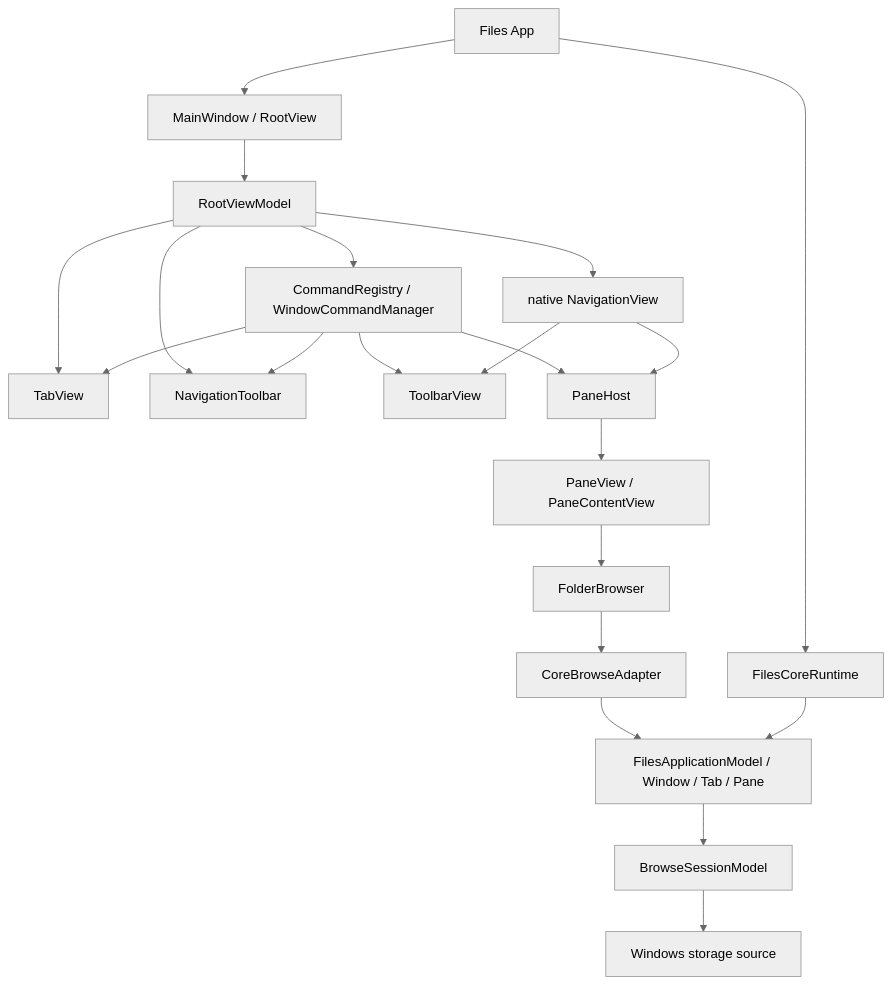
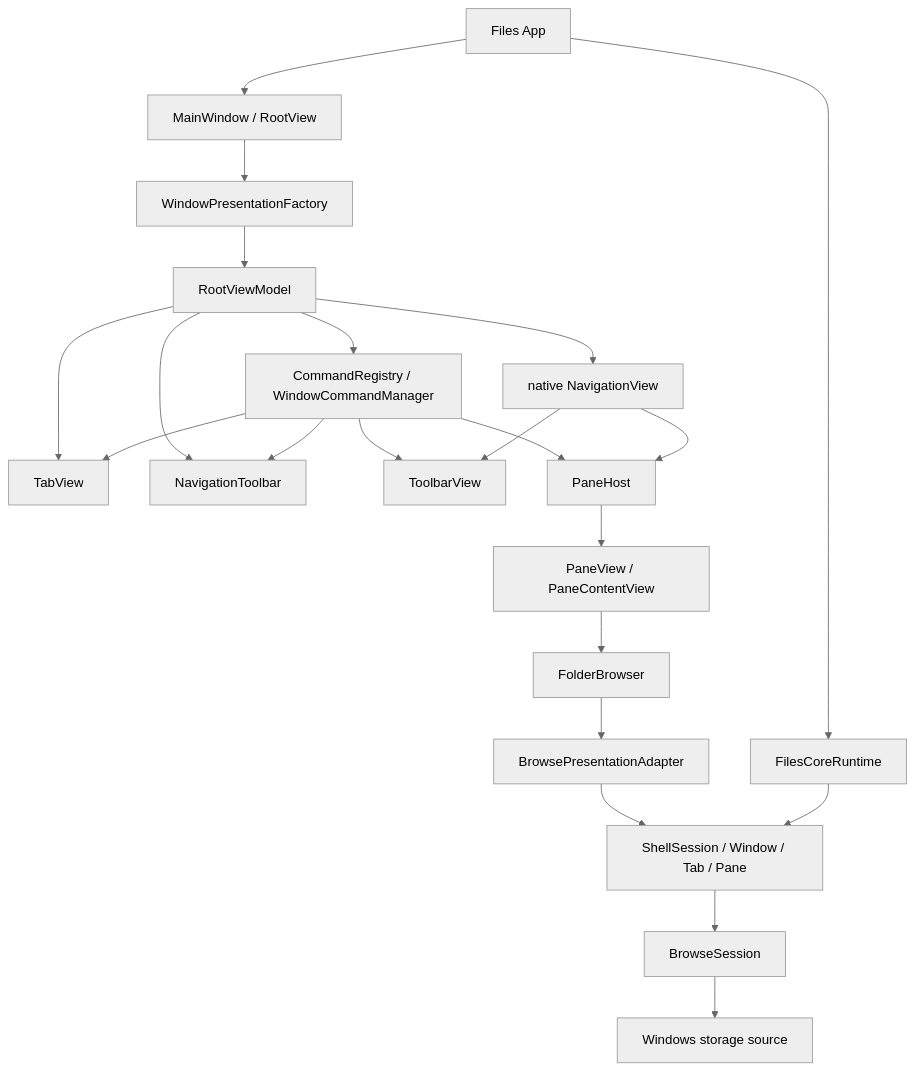
The first of 2 diagrams in docs/files.md (0x5bfa/ReFiles), drawn with Mermaid (neutral theme) before and after one commit. The commit also changed other lines of this file and 93 other files, not shown here.

Commit message:
Rearchitect application state management

````diff
--- a/docs/files.md
+++ b/docs/files.md
@@ -8,40 +8,42 @@
 ```mermaid
 flowchart TB
     App["Files App"]
     Window["MainWindow / RootView"]
+    Factory["WindowPresentationFactory"]
     ViewModel["RootViewModel"]
     Commands["CommandRegistry / WindowCommandManager"]
     Tabs["TabView"]
     Navigation["NavigationToolbar"]
     Shell["native NavigationView"]
     Toolbar["ToolbarView"]
     Panes["PaneHost"]
     Pane["PaneView / PaneContentView"]
     Browser["FolderBrowser"]
-    Adapter["CoreBrowseAdapter"]
+    Adapter["BrowsePresentationAdapter"]
     Runtime["FilesCoreRuntime"]
-    Models["FilesApplicationModel / Window / Tab / Pane"]
-    Session["BrowseSessionModel"]
+    Models["ShellSession / Window / Tab / Pane"]
+    Session["BrowseSession"]
     Source["Windows storage source"]
 
     App --> Runtime
     App --> Window
-    Window --> ViewModel
+    Window --> Factory
+    Factory --> ViewModel
     ViewModel --> Tabs
     ViewModel --> Navigation
     ViewModel --> Commands
     ViewModel --> Shell
     Commands --> Navigation
     Commands --> Toolbar
     Commands --> Tabs
     Commands --> Panes
     Shell --> Toolbar
     Shell --> Panes
     Panes --> Pane
     Pane --> Browser
     Browser --> Adapter
     Adapter --> Models
     Runtime --> Models
     Models --> Session
     Session --> Source
 ```
````
